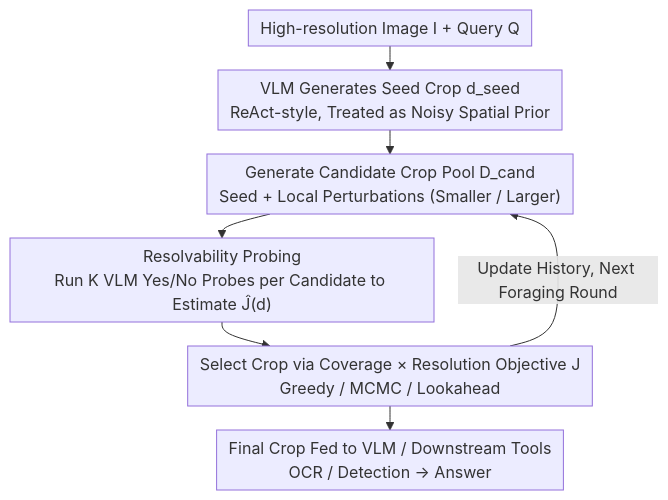
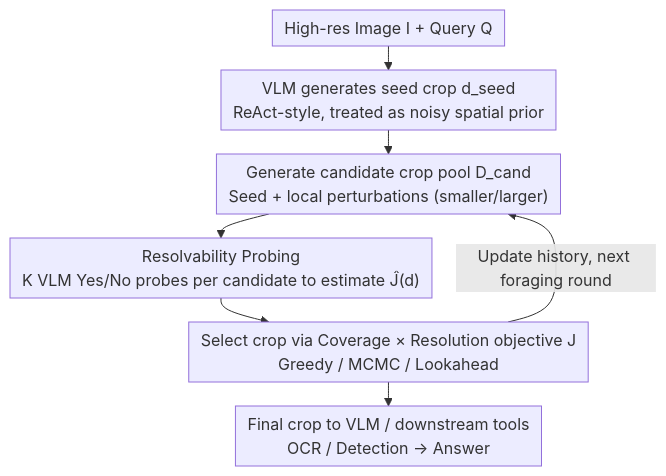
One commit to zhaoyang97/Paper-Notes-en changed the diagram in docs/ICML2026/vlm_reasoning/the_perceptual_bandwidth_bottleneck_in_vision-language_models_active_visual_reas.md. Above: the diagram before and after it, drawn with Mermaid. The commit also changed other lines of this file and 5084 other files, not shown here.

````diff
--- a/docs/ICML2026/vlm_reasoning/the_perceptual_bandwidth_bottleneck_in_vision-language_models_active_visual_reas.md
+++ b/docs/ICML2026/vlm_reasoning/the_perceptual_bandwidth_bottleneck_in_vision-language_models_active_visual_reas.md
@@ -42,10 +42,10 @@
 ```mermaid
 %%{init: {'flowchart': {'rankSpacing': 24, 'nodeSpacing': 28, 'padding': 6, 'wrappingWidth': 400}}}%%
 flowchart TD
-    A["High-resolution Image I + Query Q"] --> B["VLM Generates Seed Crop d_seed<br/>ReAct-style, Treated as Noisy Spatial Prior"]
-    B --> C["Generate Candidate Crop Pool D_cand<br/>Seed + Local Perturbations (Smaller / Larger)"]
-    C --> D["Resolvability Probing<br/>Run K VLM Yes/No Probes per Candidate to Estimate Ĵ(d)"]
-    D --> E["Select Crop via Coverage × Resolution Objective J<br/>Greedy / MCMC / Lookahead"]
-    E -->|Update History, Next Foraging Round| C
-    E --> F["Final Crop Fed to VLM / Downstream Tools<br/>OCR / Detection → Answer"]
+    A["High-res Image I + Query Q"] --> B["VLM generates seed crop d_seed<br/>ReAct-style, treated as noisy spatial prior"]
+    B --> C["Generate candidate crop pool D_cand<br/>Seed + local perturbations (smaller/larger)"]
+    C --> D["Resolvability Probing<br/>K VLM Yes/No probes per candidate to estimate Ĵ(d)"]
+    D --> E["Select crop via Coverage × Resolution objective J<br/>Greedy / MCMC / Lookahead"]
+    E -->|Update history, next foraging round| C
+    E --> F["Final crop to VLM / downstream tools<br/>OCR / Detection → Answer"]
 ```
````
